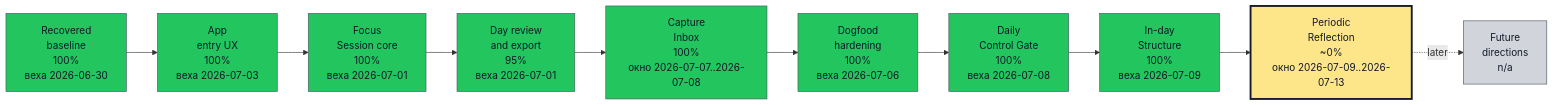
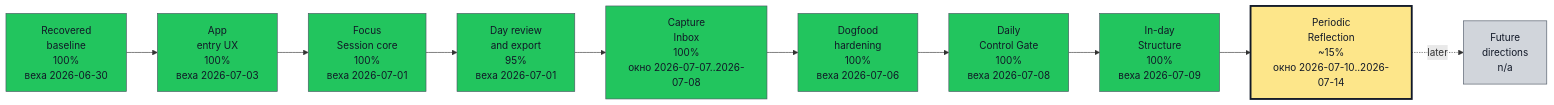
Before and after one commit to asukhodko/timeskein: the first of 2 diagrams in docs/roadmap/opskarta.md, drawn with Mermaid. The commit also changed other lines of this file and 18 other files, not shown here.

````diff
--- a/docs/roadmap/opskarta.md
+++ b/docs/roadmap/opskarta.md
@@ -60,44 +56,44 @@
 ```mermaid
 flowchart LR
 
     classDef exec_done fill:#22c55e,stroke:#4b5563,color:#111827,stroke-width:1px
     classDef exec_in_progress fill:#0ea5e9,stroke:#4b5563,color:#111827,stroke-width:1px
     classDef exec_blocked fill:#fecaca,stroke:#4b5563,color:#111827,stroke-width:1px
     classDef exec_not_started fill:#9ca3af,stroke:#4b5563,color:#111827,stroke-width:1px
     classDef exec_mgmt_green fill:#86efac,stroke:#4b5563,color:#111827,stroke-width:1px
     classDef exec_mgmt_yellow fill:#fde68a,stroke:#4b5563,color:#111827,stroke-width:1px
     classDef exec_mgmt_red fill:#fca5a5,stroke:#4b5563,color:#111827,stroke-width:1px
     classDef exec_mgmt_neutral fill:#d1d5db,stroke:#4b5563,color:#111827,stroke-width:1px
 
     recovered_baseline["Recovered<br/>baseline<br/>100%<br/>веха 2026-06-30"]
     class recovered_baseline exec_done
     app_entry_ux["App<br/>entry UX<br/>100%<br/>веха 2026-07-03"]
     class app_entry_ux exec_done
     focus_session_core["Focus<br/>Session core<br/>100%<br/>веха 2026-07-01"]
     class focus_session_core exec_done
     day_review_export["Day review<br/>and export<br/>95%<br/>веха 2026-07-01"]
     class day_review_export exec_done
     capture_inbox["Capture<br/>Inbox<br/>100%<br/>окно 2026-07-07..2026-07-08"]
     class capture_inbox exec_done
     dogfood_hardening["Dogfood<br/>hardening<br/>100%<br/>веха 2026-07-06"]
     class dogfood_hardening exec_done
     daily_control_gate["Daily<br/>Control Gate<br/>100%<br/>веха 2026-07-08"]
     class daily_control_gate exec_done
     in_day_structure["In-day<br/>Structure<br/>100%<br/>веха 2026-07-09"]
     class in_day_structure exec_done
-    periodic_reflection["Periodic<br/>Reflection<br/>~0%<br/>окно 2026-07-09..2026-07-13"]
+    periodic_reflection["Periodic<br/>Reflection<br/>~15%<br/>окно 2026-07-10..2026-07-14"]
     class periodic_reflection exec_mgmt_yellow
     style periodic_reflection stroke:#111827,stroke-width:3px
     future_directions["Future<br/>directions<br/>n/a"]
     class future_directions exec_mgmt_neutral
 
     recovered_baseline --> app_entry_ux
     app_entry_ux --> focus_session_core
     focus_session_core --> day_review_export
     day_review_export --> capture_inbox
     capture_inbox --> dogfood_hardening
     dogfood_hardening --> daily_control_gate
     daily_control_gate --> in_day_structure
     in_day_structure --> periodic_reflection
     periodic_reflection -. later .-> future_directions
 ```
````
